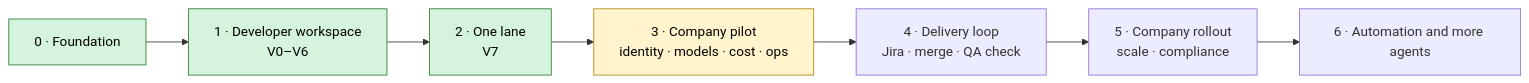
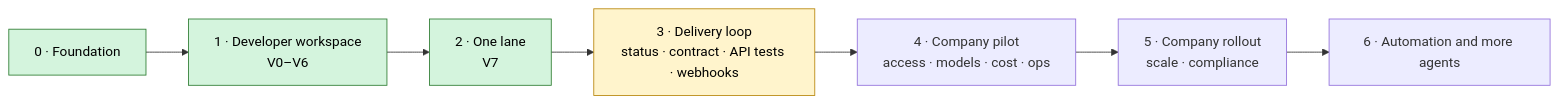
Before and after one commit to HasithaErandika/aura: the first of 5 diagrams in docs/plans/aura-git-control-plane.md, drawn with Mermaid. The commit also changed other lines of this file and 2 other files, not shown here.

First line of the commit message:
docs: put the delivery loop before the pilot and drop SSO from it

````diff
--- a/docs/plans/aura-git-control-plane.md
+++ b/docs/plans/aura-git-control-plane.md
@@ -22,6 +22,6 @@
 ```mermaid
 flowchart LR
-    P0["0 · Foundation"]:::done --> P1["1 · Developer workspace<br/>V0–V6"]:::done --> P2["2 · One lane<br/>V7"]:::done --> P3["3 · Company pilot<br/>identity · models · cost · ops"]:::wip --> P4["4 · Delivery loop<br/>Jira · merge · QA check"] --> P5["5 · Company rollout<br/>scale · compliance"] --> P6["6 · Automation and more agents"]
+    P0["0 · Foundation"]:::done --> P1["1 · Developer workspace<br/>V0–V6"]:::done --> P2["2 · One lane<br/>V7"]:::done --> P3["3 · Delivery loop<br/>status · contract · API tests · webhooks"]:::wip --> P4["4 · Company pilot<br/>access · models · cost · ops"] --> P5["5 · Company rollout<br/>scale · compliance"] --> P6["6 · Automation and more agents"]
     classDef done fill:#d4f4dd,stroke:#2e7d32,color:#000
     classDef wip fill:#fff4cc,stroke:#b8860b,color:#000
 ```
````
